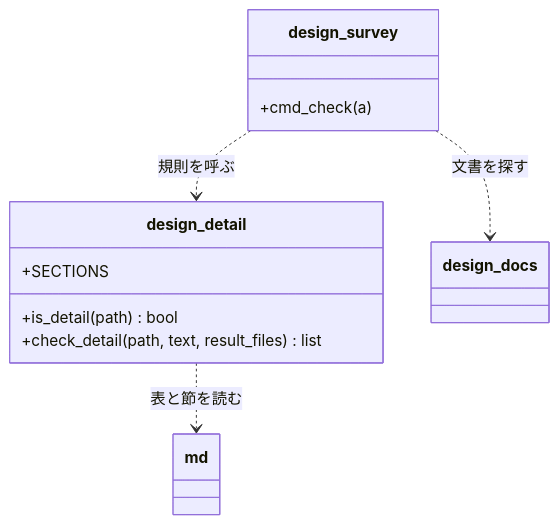
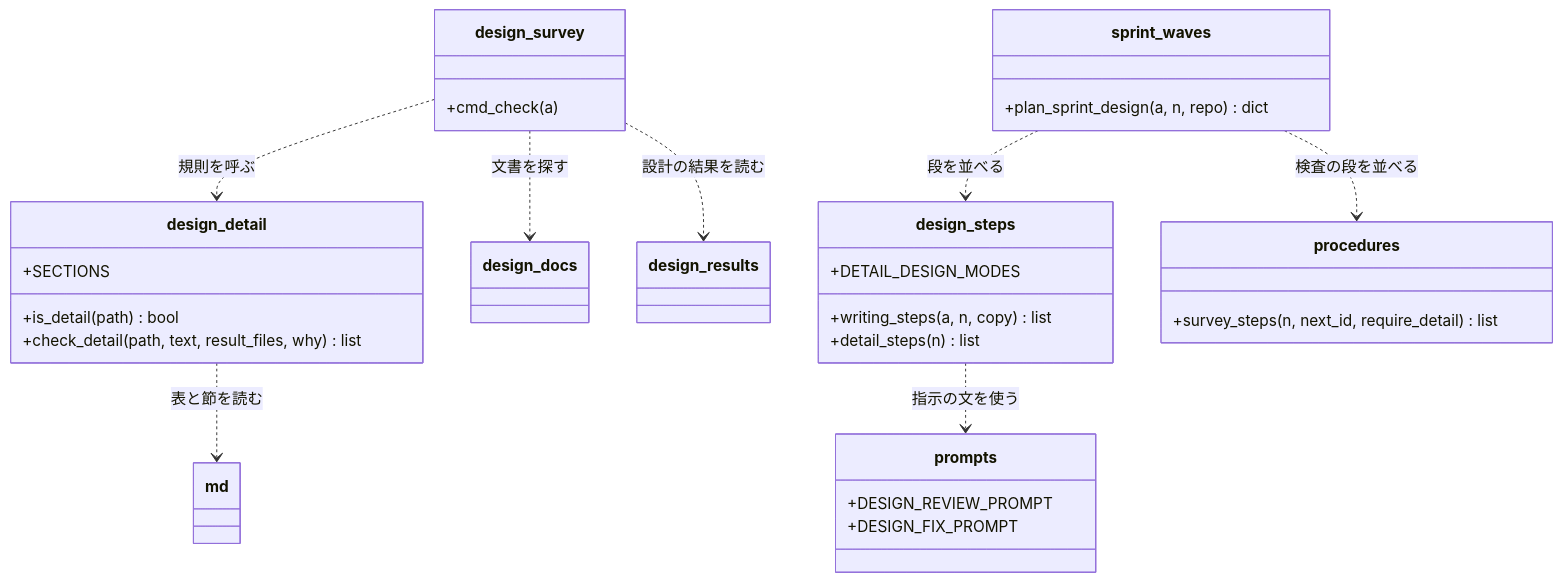
Before and after one commit to devbasex/ai-plugins: the second of 3 diagrams in issues/issue-3144-design.md, drawn with Mermaid. The commit also changed other lines of this file and 2 other files, not shown here.

````diff
--- a/issues/issue-3144-design.md
+++ b/issues/issue-3144-design.md
@@ -183,16 +192,35 @@
 ```mermaid
 classDiagram
     class design_detail {
         +SECTIONS
         +is_detail(path) bool
-        +check_detail(path, text, result_files) list
+        +check_detail(path, text, result_files, why) list
     }
     class design_survey {
         +cmd_check(a)
     }
     class md
     class design_docs
     design_survey ..> design_detail: 規則を呼ぶ
     design_detail ..> md: 表と節を読む
     design_survey ..> design_docs: 文書を探す
+    design_survey ..> design_results: 設計の結果を読む
+    class design_steps {
+        +DETAIL_DESIGN_MODES
+        +writing_steps(a, n, copy) list
+        +detail_steps(n) list
+    }
+    class prompts {
+        +DESIGN_REVIEW_PROMPT
+        +DESIGN_FIX_PROMPT
+    }
+    class procedures {
+        +survey_steps(n, next_id, require_detail) list
+    }
+    class sprint_waves {
+        +plan_sprint_design(a, n, repo) dict
+    }
+    sprint_waves ..> design_steps: 段を並べる
+    sprint_waves ..> procedures: 検査の段を並べる
+    design_steps ..> prompts: 指示の文を使う
 ```
````
